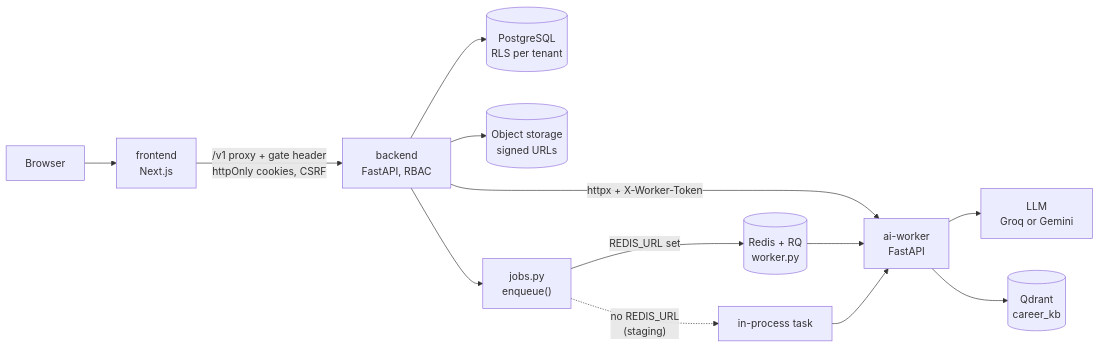
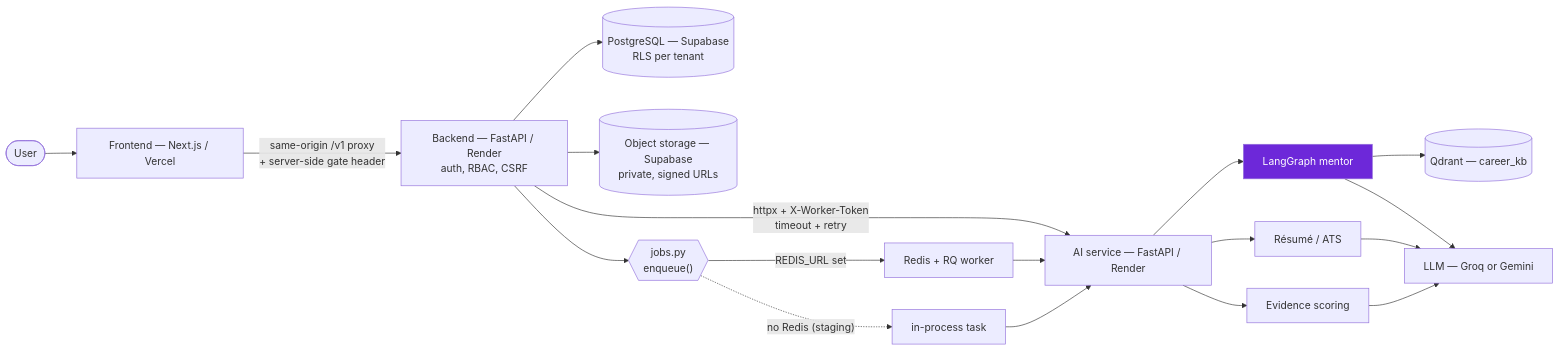
Before and after one commit to Vishal-AI-ML-Dev/campus-ai: the first of 4 diagrams in README.md, drawn with Mermaid. The commit also changed other lines of this file, not shown here.

````diff
--- a/README.md
+++ b/README.md
@@ -148,15 +101,21 @@
 ```mermaid
 flowchart LR
-  B[Browser] --> FE["frontend<br/>Next.js"]
-  FE -->|"/v1 proxy + gate header<br/>httpOnly cookies, CSRF"| API["backend<br/>FastAPI, RBAC"]
-  API --> PG[("PostgreSQL<br/>RLS per tenant")]
-  API --> ST[("Object storage<br/>signed URLs")]
-  API --> J["jobs.py<br/>enqueue()"]
-  J -->|REDIS_URL set| RQ[("Redis + RQ<br/>worker.py")]
-  J -.->|"no REDIS_URL<br/>(staging)"| BG[in-process task]
-  API -->|"httpx + X-Worker-Token"| AIW["ai-worker<br/>FastAPI"]
-  RQ --> AIW
-  BG --> AIW
-  AIW --> LLM["LLM<br/>Groq or Gemini"]
-  AIW --> QD[("Qdrant<br/>career_kb")]
+    U([User]) --> FE["Frontend — Next.js / Vercel"]
+    FE -->|"same-origin /v1 proxy<br/>+ server-side gate header"| API["Backend — FastAPI / Render<br/>auth, RBAC, CSRF"]
+    API --> PG[("PostgreSQL — Supabase<br/>RLS per tenant")]
+    API --> ST[("Object storage — Supabase<br/>private, signed URLs")]
+    API -->|"httpx + X-Worker-Token<br/>timeout + retry"| AIW["AI service — FastAPI / Render"]
+    API --> JOB{{"jobs.py<br/>enqueue()"}}
+    JOB -->|"REDIS_URL set"| RQ["Redis + RQ worker"]
+    JOB -.->|"no Redis (staging)"| BG["in-process task"]
+    RQ --> AIW
+    BG --> AIW
+    AIW --> MEN["LangGraph mentor"]
+    AIW --> RES["Résumé / ATS"]
+    AIW --> SCO["Evidence scoring"]
+    MEN --> QD[("Qdrant — career_kb")]
+    MEN --> LLM["LLM — Groq or Gemini"]
+    RES --> LLM
+    SCO --> LLM
+    style MEN fill:#6D28D9,color:#fff
 ```
````
